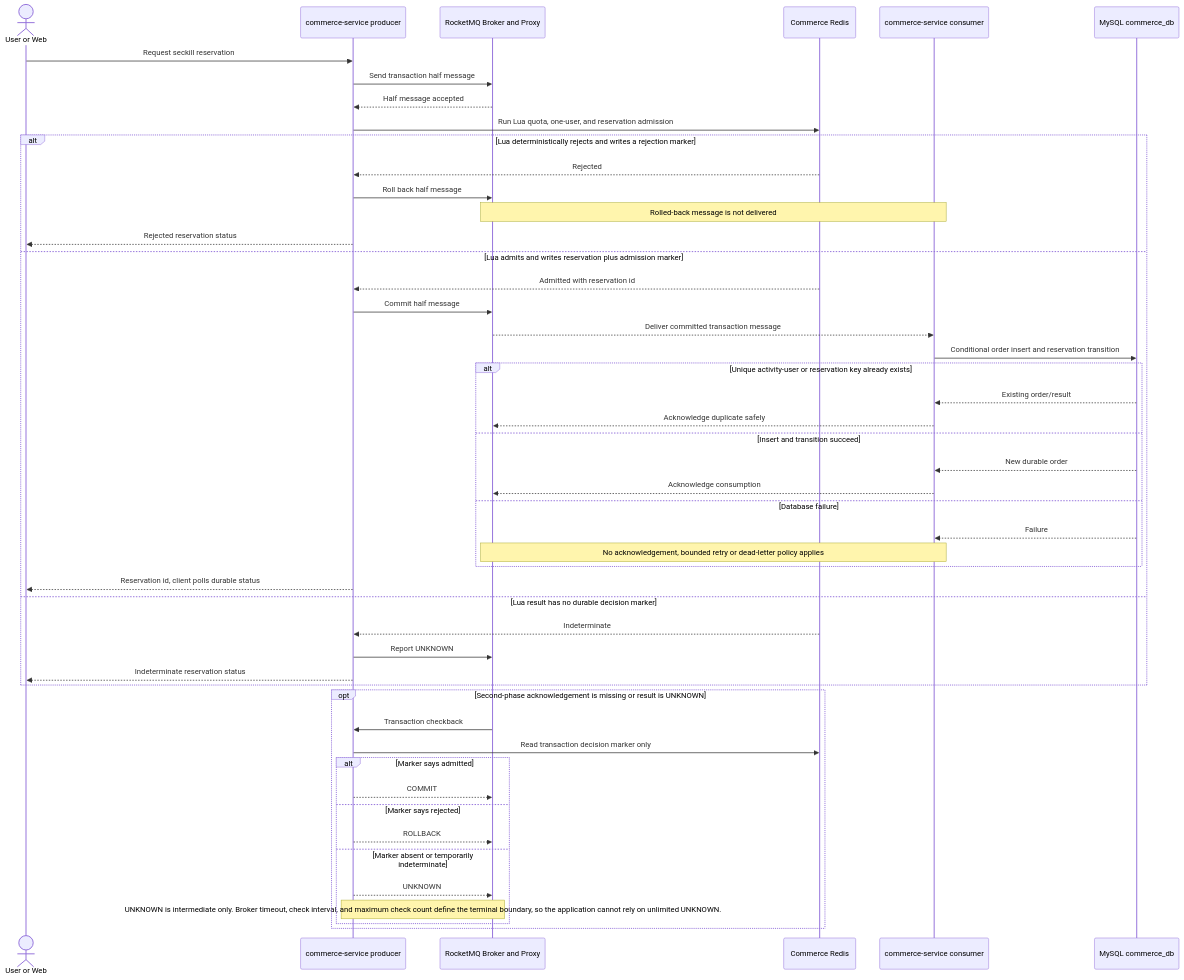
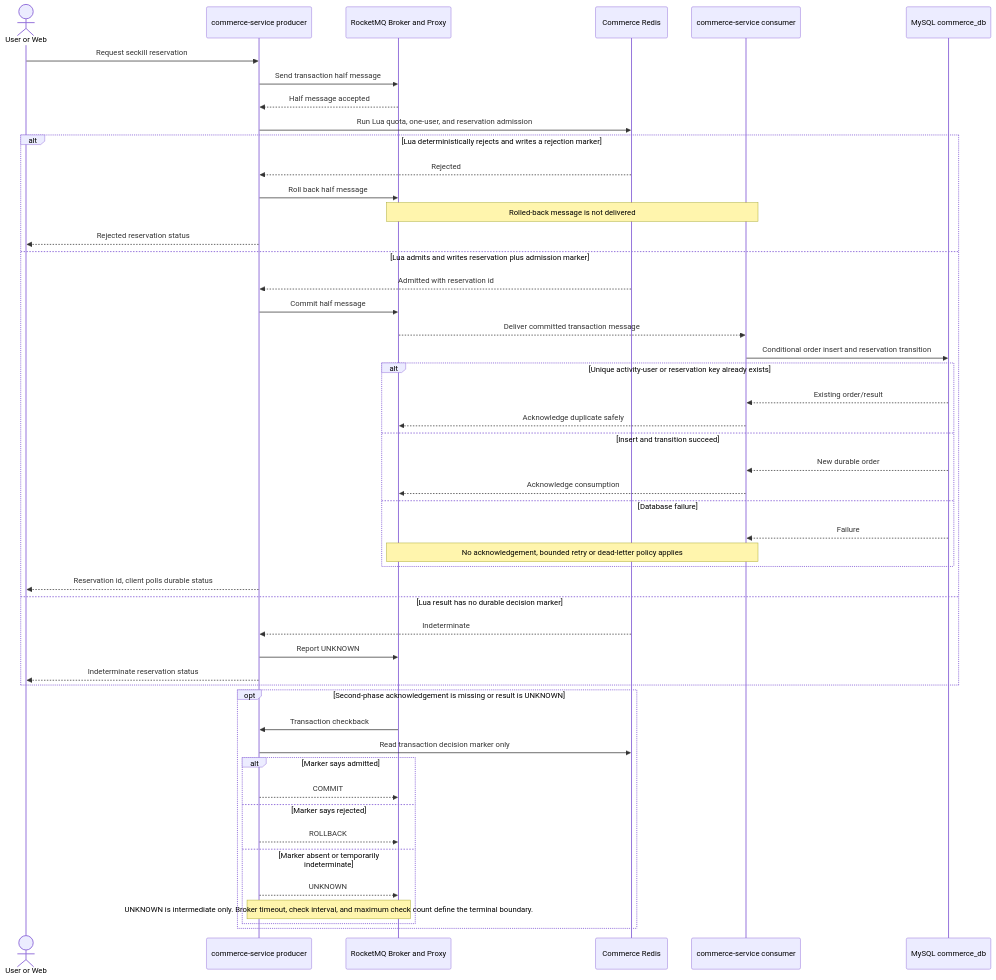
One commit to ChanTso/citybuddy changed the second of 3 diagrams in docs/CONTRACTS.md. Above: the diagram before and after it, drawn with Mermaid. The commit also changed other lines of this file and 9 other files, not shown here.

````diff
--- a/docs/CONTRACTS.md
+++ b/docs/CONTRACTS.md
@@ -405,54 +422,54 @@
 ```mermaid
 sequenceDiagram
     actor U as User or Web
     participant C as commerce-service producer
     participant M as RocketMQ Broker and Proxy
     participant R as Commerce Redis
     participant W as commerce-service consumer
     participant D as MySQL commerce_db
 
     U->>C: Request seckill reservation
     C->>M: Send transaction half message
     M-->>C: Half message accepted
     C->>R: Run Lua quota, one-user, and reservation admission
 
     alt Lua deterministically rejects and writes a rejection marker
         R-->>C: Rejected
         C->>M: Roll back half message
         Note over M,W: Rolled-back message is not delivered
         C-->>U: Rejected reservation status
     else Lua admits and writes reservation plus admission marker
         R-->>C: Admitted with reservation id
         C->>M: Commit half message
         M-->>W: Deliver committed transaction message
         W->>D: Conditional order insert and reservation transition
         alt Unique activity-user or reservation key already exists
             D-->>W: Existing order/result
             W-->>M: Acknowledge duplicate safely
         else Insert and transition succeed
             D-->>W: New durable order
             W-->>M: Acknowledge consumption
         else Database failure
             D-->>W: Failure
             Note over W,M: No acknowledgement, bounded retry or dead-letter policy applies
         end
         C-->>U: Reservation id, client polls durable status
     else Lua result has no durable decision marker
         R-->>C: Indeterminate
         C->>M: Report UNKNOWN
         C-->>U: Indeterminate reservation status
     end
 
     opt Second-phase acknowledgement is missing or result is UNKNOWN
         M->>C: Transaction checkback
         C->>R: Read transaction decision marker only
         alt Marker says admitted
             C-->>M: COMMIT
         else Marker says rejected
             C-->>M: ROLLBACK
         else Marker absent or temporarily indeterminate
             C-->>M: UNKNOWN
-            Note over M,C: UNKNOWN is intermediate only. Broker timeout, check interval, and maximum check count define the terminal boundary, so the application cannot rely on unlimited UNKNOWN.
+            Note over M,C: UNKNOWN is intermediate only. Broker timeout, check interval, and maximum check count define the terminal boundary.
         end
     end
 ```
````
